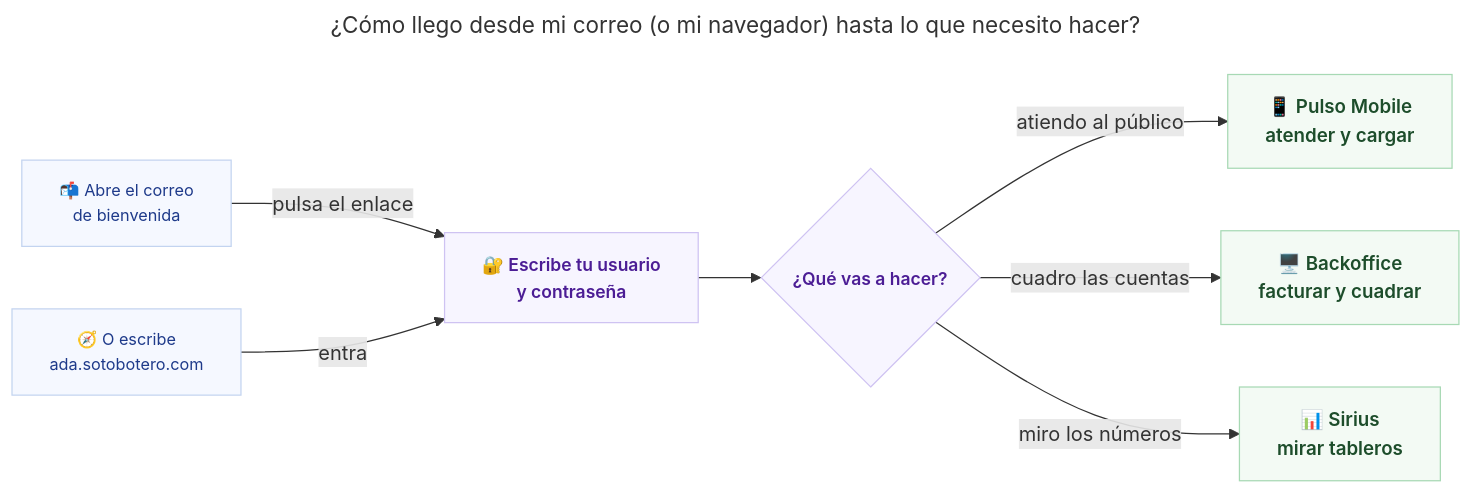
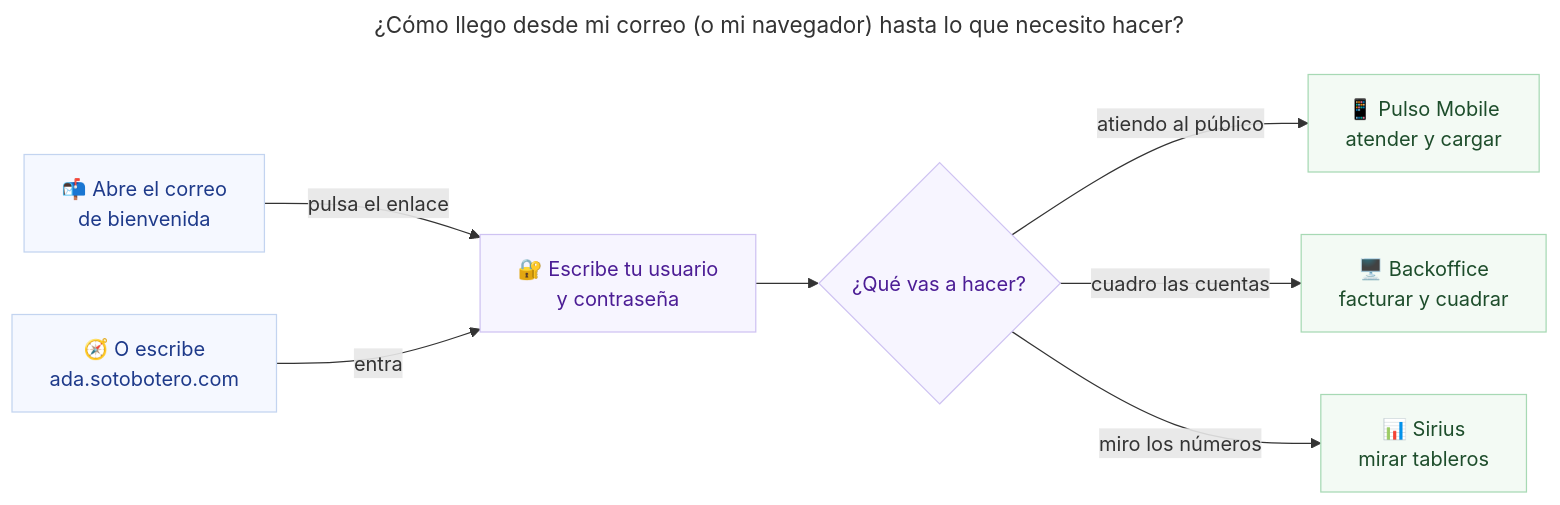
One commit to sotobotero/sotobotero-projects-docs changed the first of 2 diagrams in ada/qa/00-acceso.md. Above: the diagram before and after it, drawn with Mermaid. The commit also changed other lines of this file and 6 other files, not shown here.

````diff
--- a/ada/qa/00-acceso.md
+++ b/ada/qa/00-acceso.md
@@ -21,31 +21,31 @@
 ```mermaid
 ---
 title: ¿Cómo llego desde mi correo (o mi navegador) hasta lo que necesito hacer?
 config:
   securityLevel: loose
 ---
 flowchart LR
     A["📬 Abre el correo<br/>de bienvenida"]:::camino
     B["🧭 O escribe<br/>ada.sotobotero.com"]:::camino
     L["🔐 Escribe tu usuario<br/>y contraseña"]:::acceso
     Q{"¿Qué vas a hacer?"}:::acceso
     M["📱 Pulso Mobile<br/>atender y cargar"]:::app
     K["🖥️ Backoffice<br/>facturar y cuadrar"]:::app
     S["📊 Sirius<br/>mirar tableros"]:::app
 
     A -->|pulsa el enlace| L
     B -->|entra| L
     L --> Q
     Q -->|"atiendo al público"| M
     Q -->|"cuadro las cuentas"| K
     Q -->|"miro los números"| S
 
-    classDef camino fill:#f5f8ff,stroke:#c3d4f0,stroke-width:1px,color:#1e3a8a,font-size:13px
-    classDef acceso fill:#f7f5ff,stroke:#cfc3f2,stroke-width:1px,color:#4c1d95,font-size:14px,font-weight:600
-    classDef app fill:#f3faf4,stroke:#a7d9b4,stroke-width:1px,color:#1d4d2b,font-size:15px,font-weight:600
+    classDef camino fill:#f5f8ff,stroke:#c3d4f0,stroke-width:1px,color:#1e3a8a
+    classDef acceso fill:#f7f5ff,stroke:#cfc3f2,stroke-width:1px,color:#4c1d95
+    classDef app fill:#f3faf4,stroke:#a7d9b4,stroke-width:1px,color:#1d4d2b
 
     click B "https://ada.sotobotero.com/"
     click M "https://ada.sotobotero.com/" "Abrir Pulso Mobile"
     click K "https://ada.sotobotero.com/ADA_ENTERPISE_CORE/" "Abrir el Backoffice"
     click S "https://ada.sotobotero.com/grafana/" "Abrir Sirius"
 ```
````
